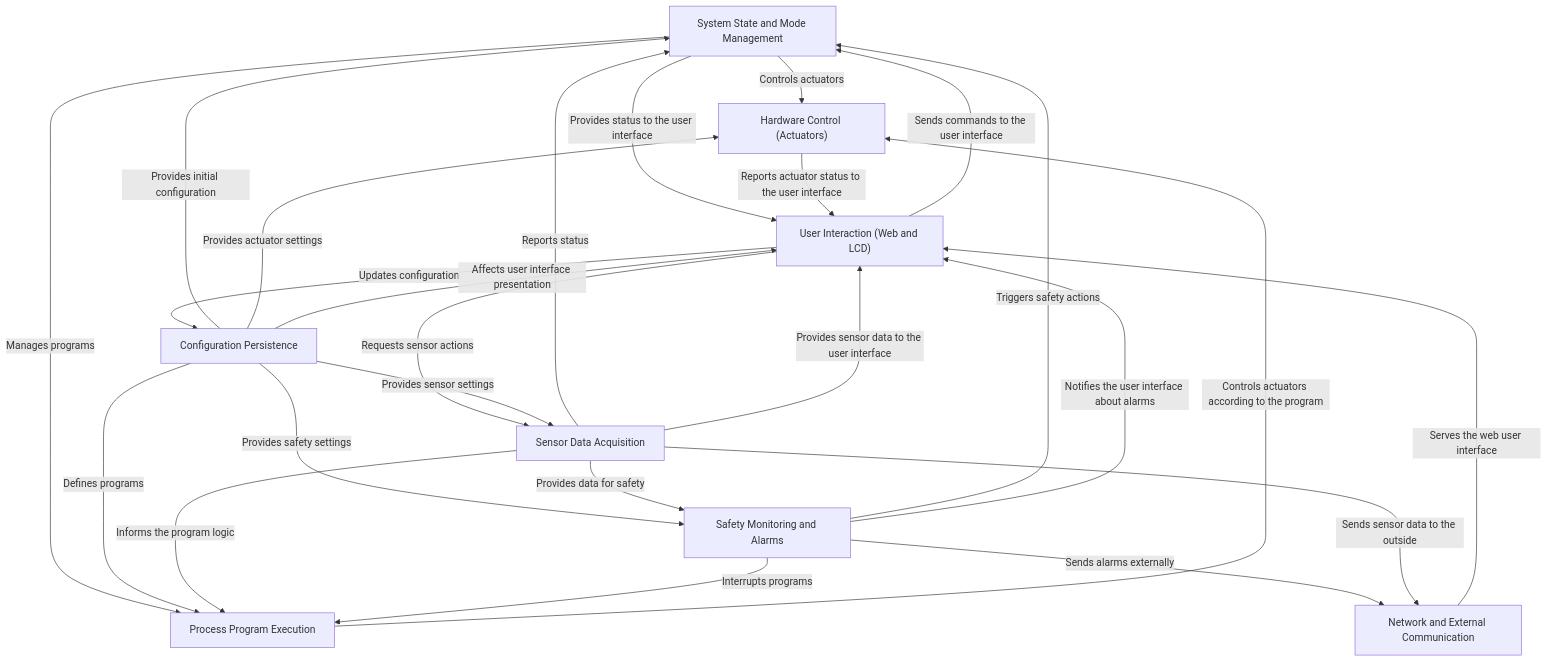
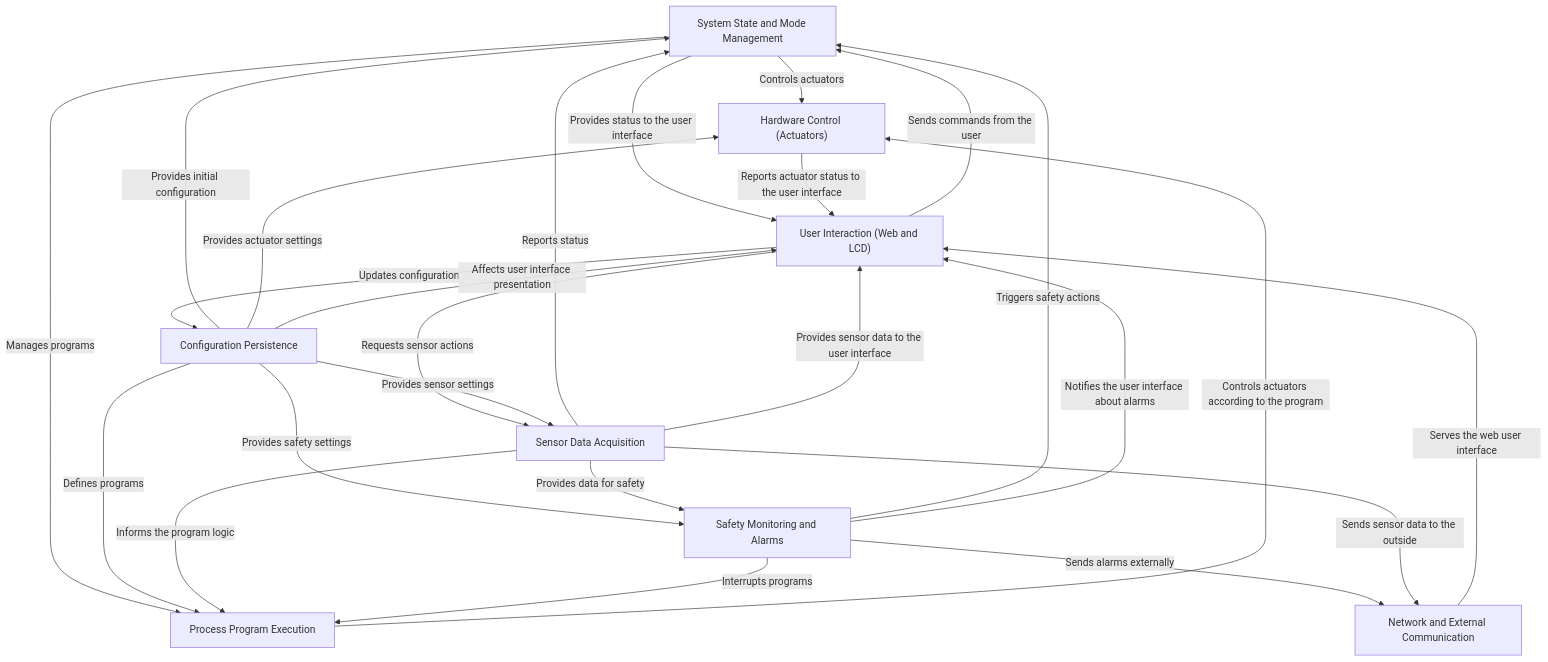
One commit to LKosoj/Samovar changed the diagram in doc/en/tutorial.md. Above: the diagram before and after it, drawn with Mermaid. The commit also changed other lines of this file and 35 other files, not shown here.

First line of the commit message:
Уточнение документации, схемы UI и тестов интерфейса

````diff
--- a/doc/en/tutorial.md
+++ b/doc/en/tutorial.md
@@ -14,35 +15,35 @@
 ```mermaid
 flowchart TD
     A0["System State and Mode Management"]
     A1["Sensor Data Acquisition"]
     A2["Hardware Control (Actuators)"]
     A3["Process Program Execution"]
     A4["User Interaction (Web and LCD)"]
     A5["Configuration Persistence"]
     A6["Network and External Communication"]
     A7["Safety Monitoring and Alarms"]
     A1 -- "Reports status" --> A0
     A0 -- "Controls actuators" --> A2
     A0 -- "Manages programs" --> A3
     A0 -- "Provides status to the user interface" --> A4
-    A4 -- "Sends commands to the user interface" --> A0
+    A4 -- "Sends commands from the user" --> A0
     A5 -- "Provides initial configuration" --> A0
     A1 -- "Provides sensor data to the user interface" --> A4
     A4 -- "Updates configuration" --> A5
     A6 -- "Serves the web user interface" --> A4
     A7 -- "Sends alarms externally" --> A6
     A7 -- "Triggers safety actions" --> A0
     A7 -- "Notifies the user interface about alarms" --> A4
     A3 -- "Controls actuators according to the program" --> A2
     A5 -- "Defines programs" --> A3
     A5 -- "Provides actuator settings" --> A2
     A5 -- "Provides safety settings" --> A7
     A1 -- "Informs the program logic" --> A3
     A2 -- "Reports actuator status to the user interface" --> A4
     A7 -- "Interrupts programs" --> A3
     A1 -- "Sends sensor data to the outside" --> A6
     A4 -- "Requests sensor actions" --> A1
     A5 -- "Affects user interface presentation" --> A4
     A5 -- "Provides sensor settings" --> A1
     A1 -- "Provides data for safety" --> A7
 ```
````
